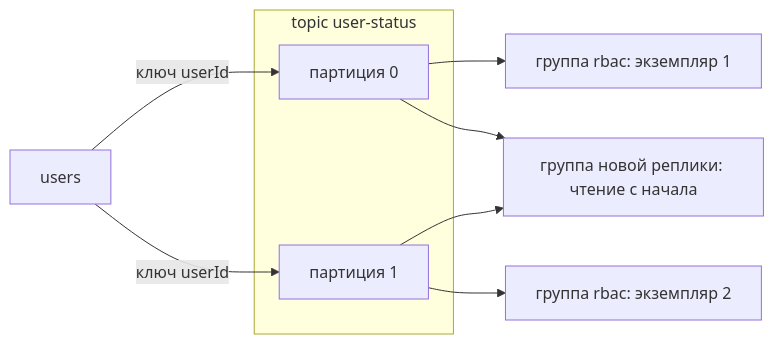
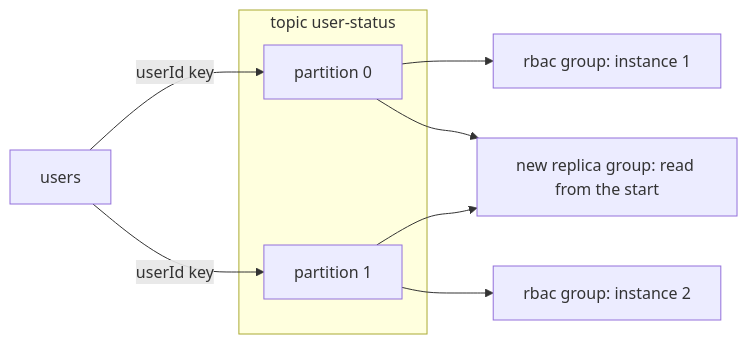
Before and after one commit to pavel-skripko-innowise/inno-fe-be-a1: the second of 4 diagrams in courses-content/backend/B/1/en/0.3 Асинхронное взаимодействие.md, drawn with Mermaid. The commit also changed other lines of this file and 35 other files, not shown here.

````diff
--- a/courses-content/backend/B/1/en/0.3 Асинхронное взаимодействие.md
+++ b/courses-content/backend/B/1/en/0.3 Асинхронное взаимодействие.md
@@ -68,13 +68,13 @@
 ```mermaid
 flowchart LR
-  Users[users] -->|ключ userId| P0
-  Users -->|ключ userId| P1
+  Users[users] -->|userId key| P0
+  Users -->|userId key| P1
   subgraph topic [topic user-status]
-    P0[партиция 0]
-    P1[партиция 1]
+    P0[partition 0]
+    P1[partition 1]
   end
-  P0 --> RbacA["группа rbac: экземпляр 1"]
-  P1 --> RbacB["группа rbac: экземпляр 2"]
-  P0 --> NewReplica["группа новой реплики: чтение с начала"]
+  P0 --> RbacA["rbac group: instance 1"]
+  P1 --> RbacB["rbac group: instance 2"]
+  P0 --> NewReplica["new replica group: read from the start"]
   P1 --> NewReplica
 ```
````
